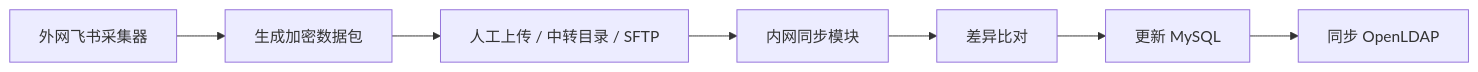
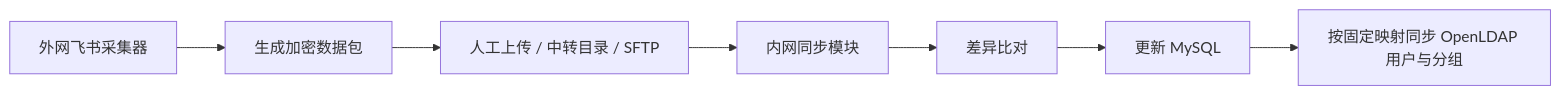
One commit to BR184/LDAP changed the fifth of 5 diagrams in docs/project-design.md. Above: the diagram before and after it, drawn with Mermaid. The commit also changed other lines of this file and 26 other files, not shown here.

````diff
--- a/docs/project-design.md
+++ b/docs/project-design.md
@@ -684,9 +776,9 @@
 ```mermaid
 flowchart LR
     A[外网飞书采集器] --> B[生成加密数据包]
     B --> C[人工上传 / 中转目录 / SFTP]
     C --> D[内网同步模块]
     D --> E[差异比对]
     E --> F[更新 MySQL]
-    F --> G[同步 OpenLDAP]
+    F --> G[按固定映射同步 OpenLDAP 用户与分组]
 ```
````
